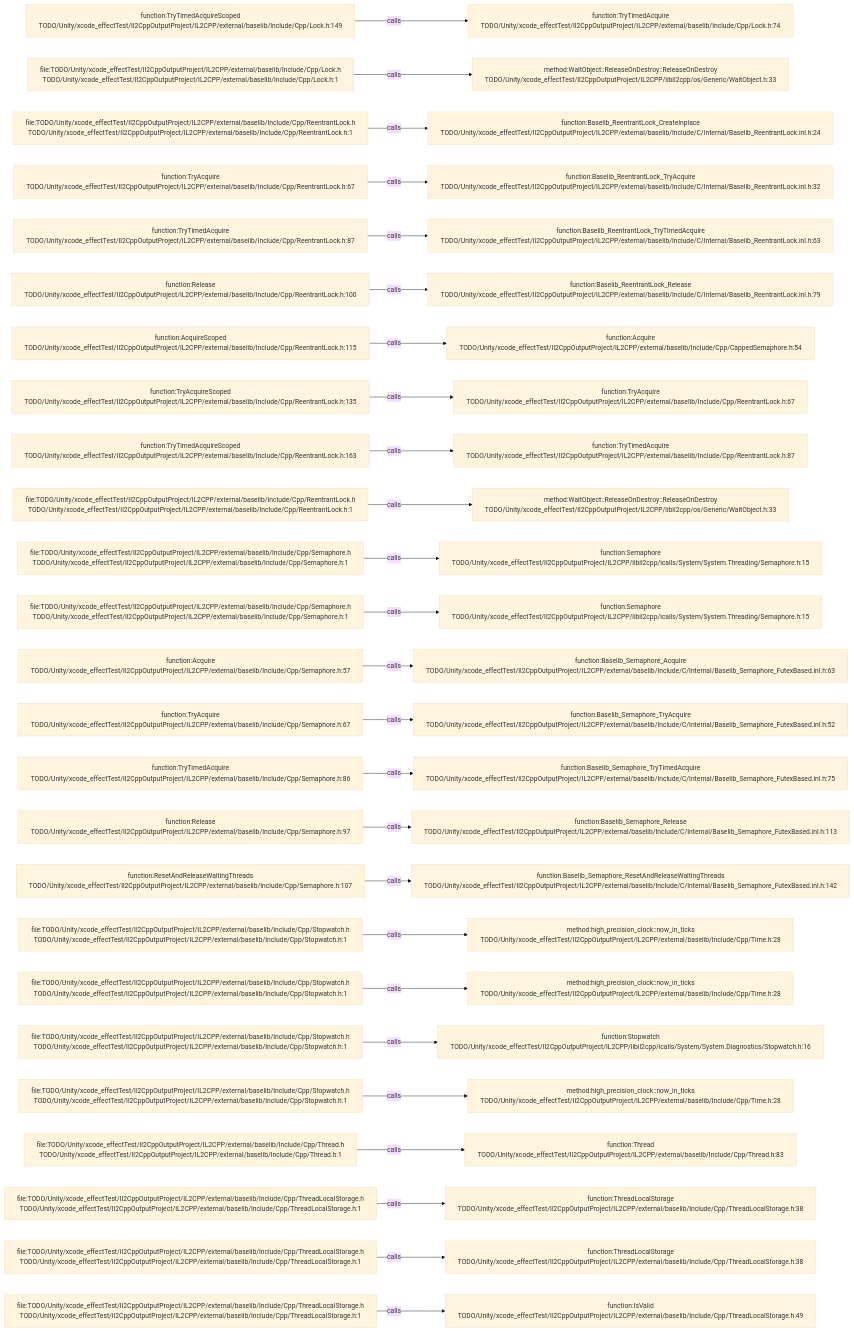
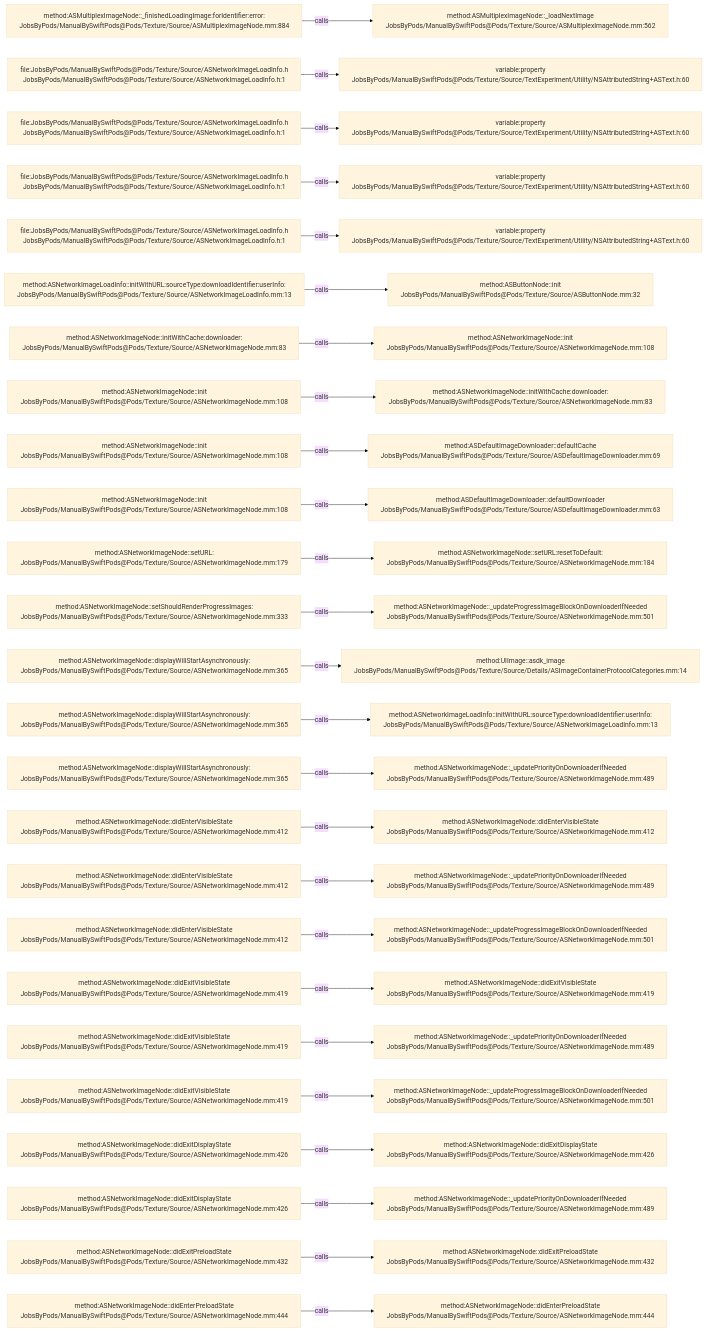
One commit to JobsKits/JobsSwiftBaseConfigDemo changed the diagram in .codegraph/codegraph.md/graphs/calls-068.md. Above: the diagram before and after it, drawn with Mermaid (base theme). The commit also changed 2959 other files, not shown here.

````diff
--- a/.codegraph/codegraph.md/graphs/calls-068.md
+++ b/.codegraph/codegraph.md/graphs/calls-068.md
@@ -13,78 +13,78 @@
 ```mermaid
 flowchart LR
-  S1["function:TryTimedAcquireScoped<br/>TODO/Unity/xcode_effectTest/Il2CppOutputProject/IL2CPP/external/baselib/Include/Cpp/Lock.h:149"]
-  T1["function:TryTimedAcquire<br/>TODO/Unity/xcode_effectTest/Il2CppOutputProject/IL2CPP/external/baselib/Include/Cpp/Lock.h:74"]
+  S1["method:ASMultiplexImageNode::_finishedLoadingImage:forIdentifier:error:<br/>JobsByPods/ManualBySwiftPods@Pods/Texture/Source/ASMultiplexImageNode.mm:884"]
+  T1["method:ASMultiplexImageNode::_loadNextImage<br/>JobsByPods/ManualBySwiftPods@Pods/Texture/Source/ASMultiplexImageNode.mm:562"]
   S1 -->|calls| T1
-  S2["file:TODO/Unity/xcode_effectTest/Il2CppOutputProject/IL2CPP/external/baselib/Include/Cpp/Lock.h<br/>TODO/Unity/xcode_effectTest/Il2CppOutputProject/IL2CPP/external/baselib/Include/Cpp/Lock.h:1"]
-  T2["method:WaitObject::ReleaseOnDestroy::ReleaseOnDestroy<br/>TODO/Unity/xcode_effectTest/Il2CppOutputProject/IL2CPP/libil2cpp/os/Generic/WaitObject.h:33"]
+  S2["file:JobsByPods/ManualBySwiftPods@Pods/Texture/Source/ASNetworkImageLoadInfo.h<br/>JobsByPods/ManualBySwiftPods@Pods/Texture/Source/ASNetworkImageLoadInfo.h:1"]
+  T2["variable:property<br/>JobsByPods/ManualBySwiftPods@Pods/Texture/Source/TextExperiment/Utility/NSAttributedString+ASText.h:60"]
   S2 -->|calls| T2
-  S3["file:TODO/Unity/xcode_effectTest/Il2CppOutputProject/IL2CPP/external/baselib/Include/Cpp/ReentrantLock.h<br/>TODO/Unity/xcode_effectTest/Il2CppOutputProject/IL2CPP/external/baselib/Include/Cpp/ReentrantLock.h:1"]
-  T3["function:Baselib_ReentrantLock_CreateInplace<br/>TODO/Unity/xcode_effectTest/Il2CppOutputProject/IL2CPP/external/baselib/Include/C/Internal/Baselib_ReentrantLock.inl.h:24"]
+  S3["file:JobsByPods/ManualBySwiftPods@Pods/Texture/Source/ASNetworkImageLoadInfo.h<br/>JobsByPods/ManualBySwiftPods@Pods/Texture/Source/ASNetworkImageLoadInfo.h:1"]
+  T3["variable:property<br/>JobsByPods/ManualBySwiftPods@Pods/Texture/Source/TextExperiment/Utility/NSAttributedString+ASText.h:60"]
   S3 -->|calls| T3
-  S4["function:TryAcquire<br/>TODO/Unity/xcode_effectTest/Il2CppOutputProject/IL2CPP/external/baselib/Include/Cpp/ReentrantLock.h:67"]
-  T4["function:Baselib_ReentrantLock_TryAcquire<br/>TODO/Unity/xcode_effectTest/Il2CppOutputProject/IL2CPP/external/baselib/Include/C/Internal/Baselib_ReentrantLock.inl.h:32"]
+  S4["file:JobsByPods/ManualBySwiftPods@Pods/Texture/Source/ASNetworkImageLoadInfo.h<br/>JobsByPods/ManualBySwiftPods@Pods/Texture/Source/ASNetworkImageLoadInfo.h:1"]
+  T4["variable:property<br/>JobsByPods/ManualBySwiftPods@Pods/Texture/Source/TextExperiment/Utility/NSAttributedString+ASText.h:60"]
   S4 -->|calls| T4
-  S5["function:TryTimedAcquire<br/>TODO/Unity/xcode_effectTest/Il2CppOutputProject/IL2CPP/external/baselib/Include/Cpp/ReentrantLock.h:87"]
-  T5["function:Baselib_ReentrantLock_TryTimedAcquire<br/>TODO/Unity/xcode_effectTest/Il2CppOutputProject/IL2CPP/external/baselib/Include/C/Internal/Baselib_ReentrantLock.inl.h:63"]
+  S5["file:JobsByPods/ManualBySwiftPods@Pods/Texture/Source/ASNetworkImageLoadInfo.h<br/>JobsByPods/ManualBySwiftPods@Pods/Texture/Source/ASNetworkImageLoadInfo.h:1"]
+  T5["variable:property<br/>JobsByPods/ManualBySwiftPods@Pods/Texture/Source/TextExperiment/Utility/NSAttributedString+ASText.h:60"]
   S5 -->|calls| T5
-  S6["function:Release<br/>TODO/Unity/xcode_effectTest/Il2CppOutputProject/IL2CPP/external/baselib/Include/Cpp/ReentrantLock.h:100"]
-  T6["function:Baselib_ReentrantLock_Release<br/>TODO/Unity/xcode_effectTest/Il2CppOutputProject/IL2CPP/external/baselib/Include/C/Internal/Baselib_ReentrantLock.inl.h:79"]
+  S6["method:ASNetworkImageLoadInfo::initWithURL:sourceType:downloadIdentifier:userInfo:<br/>JobsByPods/ManualBySwiftPods@Pods/Texture/Source/ASNetworkImageLoadInfo.mm:13"]
+  T6["method:ASButtonNode::init<br/>JobsByPods/ManualBySwiftPods@Pods/Texture/Source/ASButtonNode.mm:32"]
   S6 -->|calls| T6
-  S7["function:AcquireScoped<br/>TODO/Unity/xcode_effectTest/Il2CppOutputProject/IL2CPP/external/baselib/Include/Cpp/ReentrantLock.h:115"]
-  T7["function:Acquire<br/>TODO/Unity/xcode_effectTest/Il2CppOutputProject/IL2CPP/external/baselib/Include/Cpp/CappedSemaphore.h:54"]
+  S7["method:ASNetworkImageNode::initWithCache:downloader:<br/>JobsByPods/ManualBySwiftPods@Pods/Texture/Source/ASNetworkImageNode.mm:83"]
+  T7["method:ASNetworkImageNode::init<br/>JobsByPods/ManualBySwiftPods@Pods/Texture/Source/ASNetworkImageNode.mm:108"]
   S7 -->|calls| T7
-  S8["function:TryAcquireScoped<br/>TODO/Unity/xcode_effectTest/Il2CppOutputProject/IL2CPP/external/baselib/Include/Cpp/ReentrantLock.h:135"]
-  T8["function:TryAcquire<br/>TODO/Unity/xcode_effectTest/Il2CppOutputProject/IL2CPP/external/baselib/Include/Cpp/ReentrantLock.h:67"]
+  S8["method:ASNetworkImageNode::init<br/>JobsByPods/ManualBySwiftPods@Pods/Texture/Source/ASNetworkImageNode.mm:108"]
+  T8["method:ASNetworkImageNode::initWithCache:downloader:<br/>JobsByPods/ManualBySwiftPods@Pods/Texture/Source/ASNetworkImageNode.mm:83"]
   S8 -->|calls| T8
-  S9["function:TryTimedAcquireScoped<br/>TODO/Unity/xcode_effectTest/Il2CppOutputProject/IL2CPP/external/baselib/Include/Cpp/ReentrantLock.h:163"]
-  T9["function:TryTimedAcquire<br/>TODO/Unity/xcode_effectTest/Il2CppOutputProject/IL2CPP/external/baselib/Include/Cpp/ReentrantLock.h:87"]
+  S9["method:ASNetworkImageNode::init<br/>JobsByPods/ManualBySwiftPods@Pods/Texture/Source/ASNetworkImageNode.mm:108"]
+  T9["method:ASDefaultImageDownloader::defaultCache<br/>JobsByPods/ManualBySwiftPods@Pods/Texture/Source/ASDefaultImageDownloader.mm:69"]
   S9 -->|calls| T9
-  S10["file:TODO/Unity/xcode_effectTest/Il2CppOutputProject/IL2CPP/external/baselib/Include/Cpp/ReentrantLock.h<br/>TODO/Unity/xcode_effectTest/Il2CppOutputProject/IL2CPP/external/baselib/Include/Cpp/ReentrantLock.h:1"]
-  T10["method:WaitObject::ReleaseOnDestroy::ReleaseOnDestroy<br/>TODO/Unity/xcode_effectTest/Il2CppOutputProject/IL2CPP/libil2cpp/os/Generic/WaitObject.h:33"]
+  S10["method:ASNetworkImageNode::init<br/>JobsByPods/ManualBySwiftPods@Pods/Texture/Source/ASNetworkImageNode.mm:108"]
+  T10["method:ASDefaultImageDownloader::defaultDownloader<br/>JobsByPods/ManualBySwiftPods@Pods/Texture/Source/ASDefaultImageDownloader.mm:63"]
   S10 -->|calls| T10
-  S11["file:TODO/Unity/xcode_effectTest/Il2CppOutputProject/IL2CPP/external/baselib/Include/Cpp/Semaphore.h<br/>TODO/Unity/xcode_effectTest/Il2CppOutputProject/IL2CPP/external/baselib/Include/Cpp/Semaphore.h:1"]
-  T11["function:Semaphore<br/>TODO/Unity/xcode_effectTest/Il2CppOutputProject/IL2CPP/libil2cpp/icalls/System/System.Threading/Semaphore.h:15"]
+  S11["method:ASNetworkImageNode::setURL:<br/>JobsByPods/ManualBySwiftPods@Pods/Texture/Source/ASNetworkImageNode.mm:179"]
+  T11["method:ASNetworkImageNode::setURL:resetToDefault:<br/>JobsByPods/ManualBySwiftPods@Pods/Texture/Source/ASNetworkImageNode.mm:184"]
   S11 -->|calls| T11
-  S12["file:TODO/Unity/xcode_effectTest/Il2CppOutputProject/IL2CPP/external/baselib/Include/Cpp/Semaphore.h<br/>TODO/Unity/xcode_effectTest/Il2CppOutputProject/IL2CPP/external/baselib/Include/Cpp/Semaphore.h:1"]
-  T12["function:Semaphore<br/>TODO/Unity/xcode_effectTest/Il2CppOutputProject/IL2CPP/libil2cpp/icalls/System/System.Threading/Semaphore.h:15"]
+  S12["method:ASNetworkImageNode::setShouldRenderProgressImages:<br/>JobsByPods/ManualBySwiftPods@Pods/Texture/Source/ASNetworkImageNode.mm:333"]
+  T12["method:ASNetworkImageNode::_updateProgressImageBlockOnDownloaderIfNeeded<br/>JobsByPods/ManualBySwiftPods@Pods/Texture/Source/ASNetworkImageNode.mm:501"]
   S12 -->|calls| T12
-  S13["function:Acquire<br/>TODO/Unity/xcode_effectTest/Il2CppOutputProject/IL2CPP/external/baselib/Include/Cpp/Semaphore.h:57"]
-  T13["function:Baselib_Semaphore_Acquire<br/>TODO/Unity/xcode_effectTest/Il2CppOutputProject/IL2CPP/external/baselib/Include/C/Internal/Baselib_Semaphore_FutexBased.inl.h:63"]
+  S13["method:ASNetworkImageNode::displayWillStartAsynchronously:<br/>JobsByPods/ManualBySwiftPods@Pods/Texture/Source/ASNetworkImageNode.mm:365"]
+  T13["method:UIImage::asdk_image<br/>JobsByPods/ManualBySwiftPods@Pods/Texture/Source/Details/ASImageContainerProtocolCategories.mm:14"]
   S13 -->|calls| T13
-  S14["function:TryAcquire<br/>TODO/Unity/xcode_effectTest/Il2CppOutputProject/IL2CPP/external/baselib/Include/Cpp/Semaphore.h:67"]
-  T14["function:Baselib_Semaphore_TryAcquire<br/>TODO/Unity/xcode_effectTest/Il2CppOutputProject/IL2CPP/external/baselib/Include/C/Internal/Baselib_Semaphore_FutexBased.inl.h:52"]
+  S14["method:ASNetworkImageNode::displayWillStartAsynchronously:<br/>JobsByPods/ManualBySwiftPods@Pods/Texture/Source/ASNetworkImageNode.mm:365"]
+  T14["method:ASNetworkImageLoadInfo::initWithURL:sourceType:downloadIdentifier:userInfo:<br/>JobsByPods/ManualBySwiftPods@Pods/Texture/Source/ASNetworkImageLoadInfo.mm:13"]
   S14 -->|calls| T14
-  S15["function:TryTimedAcquire<br/>TODO/Unity/xcode_effectTest/Il2CppOutputProject/IL2CPP/external/baselib/Include/Cpp/Semaphore.h:86"]
-  T15["function:Baselib_Semaphore_TryTimedAcquire<br/>TODO/Unity/xcode_effectTest/Il2CppOutputProject/IL2CPP/external/baselib/Include/C/Internal/Baselib_Semaphore_FutexBased.inl.h:75"]
+  S15["method:ASNetworkImageNode::displayWillStartAsynchronously:<br/>JobsByPods/ManualBySwiftPods@Pods/Texture/Source/ASNetworkImageNode.mm:365"]
+  T15["method:ASNetworkImageNode::_updatePriorityOnDownloaderIfNeeded<br/>JobsByPods/ManualBySwiftPods@Pods/Texture/Source/ASNetworkImageNode.mm:489"]
   S15 -->|calls| T15
-  S16["function:Release<br/>TODO/Unity/xcode_effectTest/Il2CppOutputProject/IL2CPP/external/baselib/Include/Cpp/Semaphore.h:97"]
-  T16["function:Baselib_Semaphore_Release<br/>TODO/Unity/xcode_effectTest/Il2CppOutputProject/IL2CPP/external/baselib/Include/C/Internal/Baselib_Semaphore_FutexBased.inl.h:113"]
+  S16["method:ASNetworkImageNode::didEnterVisibleState<br/>JobsByPods/ManualBySwiftPods@Pods/Texture/Source/ASNetworkImageNode.mm:412"]
+  T16["method:ASNetworkImageNode::didEnterVisibleState<br/>JobsByPods/ManualBySwiftPods@Pods/Texture/Source/ASNetworkImageNode.mm:412"]
   S16 -->|calls| T16
-  S17["function:ResetAndReleaseWaitingThreads<br/>TODO/Unity/xcode_effectTest/Il2CppOutputProject/IL2CPP/external/baselib/Include/Cpp/Semaphore.h:107"]
-  T17["function:Baselib_Semaphore_ResetAndReleaseWaitingThreads<br/>TODO/Unity/xcode_effectTest/Il2CppOutputProject/IL2CPP/external/baselib/Include/C/Internal/Baselib_Semaphore_FutexBased.inl.h:142"]
+  S17["method:ASNetworkImageNode::didEnterVisibleState<br/>JobsByPods/ManualBySwiftPods@Pods/Texture/Source/ASNetworkImageNode.mm:412"]
+  T17["method:ASNetworkImageNode::_updatePriorityOnDownloaderIfNeeded<br/>JobsByPods/ManualBySwiftPods@Pods/Texture/Source/ASNetworkImageNode.mm:489"]
   S17 -->|calls| T17
-  S18["file:TODO/Unity/xcode_effectTest/Il2CppOutputProject/IL2CPP/external/baselib/Include/Cpp/Stopwatch.h<br/>TODO/Unity/xcode_effectTest/Il2CppOutputProject/IL2CPP/external/baselib/Include/Cpp/Stopwatch.h:1"]
-  T18["method:high_precision_clock::now_in_ticks<br/>TODO/Unity/xcode_effectTest/Il2CppOutputProject/IL2CPP/external/baselib/Include/Cpp/Time.h:28"]
+  S18["method:ASNetworkImageNode::didEnterVisibleState<br/>JobsByPods/ManualBySwiftPods@Pods/Texture/Source/ASNetworkImageNode.mm:412"]
+  T18["method:ASNetworkImageNode::_updateProgressImageBlockOnDownloaderIfNeeded<br/>JobsByPods/ManualBySwiftPods@Pods/Texture/Source/ASNetworkImageNode.mm:501"]
   S18 -->|calls| T18
-  S19["file:TODO/Unity/xcode_effectTest/Il2CppOutputProject/IL2CPP/external/baselib/Include/Cpp/Stopwatch.h<br/>TODO/Unity/xcode_effectTest/Il2CppOutputProject/IL2CPP/external/baselib/Include/Cpp/Stopwatch.h:1"]
-  T19["method:high_precision_clock::now_in_ticks<br/>TODO/Unity/xcode_effectTest/Il2CppOutputProject/IL2CPP/external/baselib/Include/Cpp/Time.h:28"]
+  S19["method:ASNetworkImageNode::didExitVisibleState<br/>JobsByPods/ManualBySwiftPods@Pods/Texture/Source/ASNetworkImageNode.mm:419"]
+  T19["method:ASNetworkImageNode::didExitVisibleState<br/>JobsByPods/ManualBySwiftPods@Pods/Texture/Source/ASNetworkImageNode.mm:419"]
   S19 -->|calls| T19
-  S20["file:TODO/Unity/xcode_effectTest/Il2CppOutputProject/IL2CPP/external/baselib/Include/Cpp/Stopwatch.h<br/>TODO/Unity/xcode_effectTest/Il2CppOutputProject/IL2CPP/external/baselib/Include/Cpp/Stopwatch.h:1"]
-  T20["function:Stopwatch<br/>TODO/Unity/xcode_effectTest/Il2CppOutputProject/IL2CPP/libil2cpp/icalls/System/System.Diagnostics/Stopwatch.h:16"]
+  S20["method:ASNetworkImageNode::didExitVisibleState<br/>JobsByPods/ManualBySwiftPods@Pods/Texture/Source/ASNetworkImageNode.mm:419"]
+  T20["method:ASNetworkImageNode::_updatePriorityOnDownloaderIfNeeded<br/>JobsByPods/ManualBySwiftPods@Pods/Texture/Source/ASNetworkImageNode.mm:489"]
   S20 -->|calls| T20
-  S21["file:TODO/Unity/xcode_effectTest/Il2CppOutputProject/IL2CPP/external/baselib/Include/Cpp/Stopwatch.h<br/>TODO/Unity/xcode_effectTest/Il2CppOutputProject/IL2CPP/external/baselib/Include/Cpp/Stopwatch.h:1"]
-  T21["method:high_precision_clock::now_in_ticks<br/>TODO/Unity/xcode_effectTest/Il2CppOutputProject/IL2CPP/external/baselib/Include/Cpp/Time.h:28"]
+  S21["method:ASNetworkImageNode::didExitVisibleState<br/>JobsByPods/ManualBySwiftPods@Pods/Texture/Source/ASNetworkImageNode.mm:419"]
+  T21["method:ASNetworkImageNode::_updateProgressImageBlockOnDownloaderIfNeeded<br/>JobsByPods/ManualBySwiftPods@Pods/Texture/Source/ASNetworkImageNode.mm:501"]
   S21 -->|calls| T21
-  S22["file:TODO/Unity/xcode_effectTest/Il2CppOutputProject/IL2CPP/external/baselib/Include/Cpp/Thread.h<br/>TODO/Unity/xcode_effectTest/Il2CppOutputProject/IL2CPP/external/baselib/Include/Cpp/Thread.h:1"]
-  T22["function:Thread<br/>TODO/Unity/xcode_effectTest/Il2CppOutputProject/IL2CPP/external/baselib/Include/Cpp/Thread.h:83"]
+  S22["method:ASNetworkImageNode::didExitDisplayState<br/>JobsByPods/ManualBySwiftPods@Pods/Texture/Source/ASNetworkImageNode.mm:426"]
+  T22["method:ASNetworkImageNode::didExitDisplayState<br/>JobsByPods/ManualBySwiftPods@Pods/Texture/Source/ASNetworkImageNode.mm:426"]
   S22 -->|calls| T22
-  S23["file:TODO/Unity/xcode_effectTest/Il2CppOutputProject/IL2CPP/external/baselib/Include/Cpp/ThreadLocalStorage.h<br/>TODO/Unity/xcode_effectTest/Il2CppOutputProject/IL2CPP/external/baselib/Include/Cpp/ThreadLocalStorage.h:1"]
-  T23["function:ThreadLocalStorage<br/>TODO/Unity/xcode_effectTest/Il2CppOutputProject/IL2CPP/external/baselib/Include/Cpp/ThreadLocalStorage.h:38"]
+  S23["method:ASNetworkImageNode::didExitDisplayState<br/>JobsByPods/ManualBySwiftPods@Pods/Texture/Source/ASNetworkImageNode.mm:426"]
+  T23["method:ASNetworkImageNode::_updatePriorityOnDownloaderIfNeeded<br/>JobsByPods/ManualBySwiftPods@Pods/Texture/Source/ASNetworkImageNode.mm:489"]
   S23 -->|calls| T23
-  S24["file:TODO/Unity/xcode_effectTest/Il2CppOutputProject/IL2CPP/external/baselib/Include/Cpp/ThreadLocalStorage.h<br/>TODO/Unity/xcode_effectTest/Il2CppOutputProject/IL2CPP/external/baselib/Include/Cpp/ThreadLocalStorage.h:1"]
-  T24["function:ThreadLocalStorage<br/>TODO/Unity/xcode_effectTest/Il2CppOutputProject/IL2CPP/external/baselib/Include/Cpp/ThreadLocalStorage.h:38"]
+  S24["method:ASNetworkImageNode::didExitPreloadState<br/>JobsByPods/ManualBySwiftPods@Pods/Texture/Source/ASNetworkImageNode.mm:432"]
+  T24["method:ASNetworkImageNode::didExitPreloadState<br/>JobsByPods/ManualBySwiftPods@Pods/Texture/Source/ASNetworkImageNode.mm:432"]
   S24 -->|calls| T24
-  S25["file:TODO/Unity/xcode_effectTest/Il2CppOutputProject/IL2CPP/external/baselib/Include/Cpp/ThreadLocalStorage.h<br/>TODO/Unity/xcode_effectTest/Il2CppOutputProject/IL2CPP/external/baselib/Include/Cpp/ThreadLocalStorage.h:1"]
-  T25["function:IsValid<br/>TODO/Unity/xcode_effectTest/Il2CppOutputProject/IL2CPP/external/baselib/Include/Cpp/ThreadLocalStorage.h:49"]
+  S25["method:ASNetworkImageNode::didEnterPreloadState<br/>JobsByPods/ManualBySwiftPods@Pods/Texture/Source/ASNetworkImageNode.mm:444"]
+  T25["method:ASNetworkImageNode::didEnterPreloadState<br/>JobsByPods/ManualBySwiftPods@Pods/Texture/Source/ASNetworkImageNode.mm:444"]
   S25 -->|calls| T25
 ```
````
